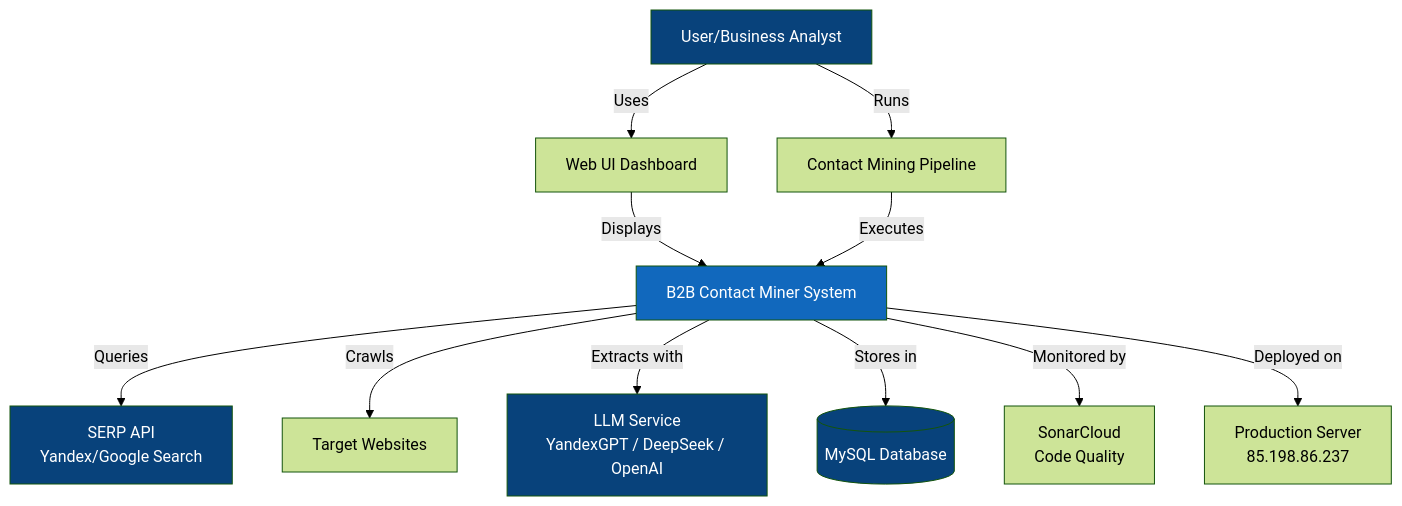
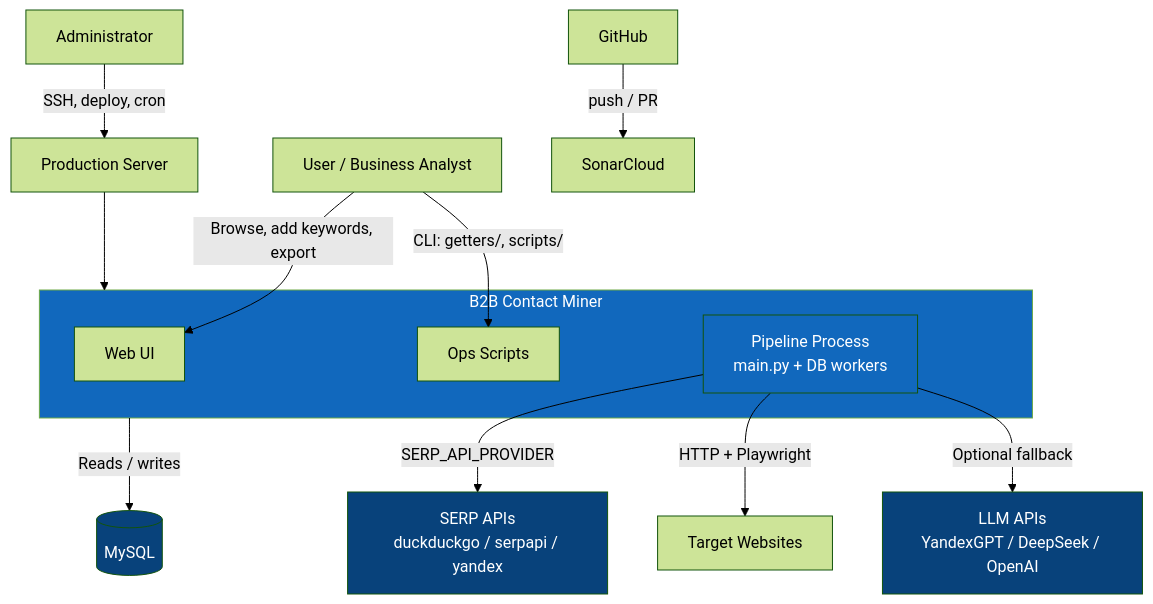
The first of 8 diagrams in doc/C4_ARCHITECTURE.md (hauptmann1971/b2b-contact-miner), drawn with Mermaid (forest theme) before and after one commit. The commit also changed other lines of this file, not shown here.

First line of the commit message:
Rewrite C4 diagrams to match DB task queue architecture.

````diff
--- a/doc/C4_ARCHITECTURE.md
+++ b/doc/C4_ARCHITECTURE.md
@@ -5,22 +10,29 @@
 ```mermaid
 graph TB
-    User[User/Business Analyst] -->|Uses| WebUI[Web UI Dashboard]
-    User -->|Runs| Pipeline[Contact Mining Pipeline]
-    
-    WebUI -->|Displays| System[B2B Contact Miner System]
-    Pipeline -->|Executes| System
-    
-    System -->|Queries| SERP[SERP API<br/>Yandex/Google Search]
-    System -->|Crawls| Websites[Target Websites]
-    System -->|Extracts with| LLM[LLM Service<br/>YandexGPT / DeepSeek / OpenAI]
-    System -->|Stores in| MySQL[(MySQL Database)]
-    
-    System -->|Monitored by| SonarCloud[SonarCloud<br/>Code Quality]
-    System -->|Deployed on| Server[Production Server<br/>85.198.86.237]
-    
+    User[User / Business Analyst]
+    Admin[Administrator]
+
+    User -->|Browse, add keywords, export| WebUI[Web UI]
+    User -->|CLI: getters/, scripts/| OpsScripts[Ops Scripts]
+    Admin -->|SSH, deploy, cron| Server[Production Server]
+
+    subgraph System[B2B Contact Miner]
+        WebUI
+        OpsScripts
+        Pipeline[Pipeline Process<br/>main.py + DB workers]
+    end
+
+    Pipeline -->|SERP_API_PROVIDER| SERP[SERP APIs<br/>duckduckgo / serpapi / yandex]
+    Pipeline -->|HTTP + Playwright| Websites[Target Websites]
+    Pipeline -->|Optional fallback| LLM[LLM APIs<br/>YandexGPT / DeepSeek / OpenAI]
+
+    System -->|Reads / writes| MySQL[(MySQL)]
+    GitHub[GitHub] -->|push / PR| SonarCloud[SonarCloud]
+    Server --> System
+
     style System fill:#1168bd,color:#fff
-    style User fill:#08427b,color:#fff
+    style Pipeline fill:#1168bd,color:#fff
     style MySQL fill:#08427b,color:#fff
+    style SERP fill:#08427b,color:#fff
     style LLM fill:#08427b,color:#fff
-    style SERP fill:#08427b,color:#fff
 ```
````
